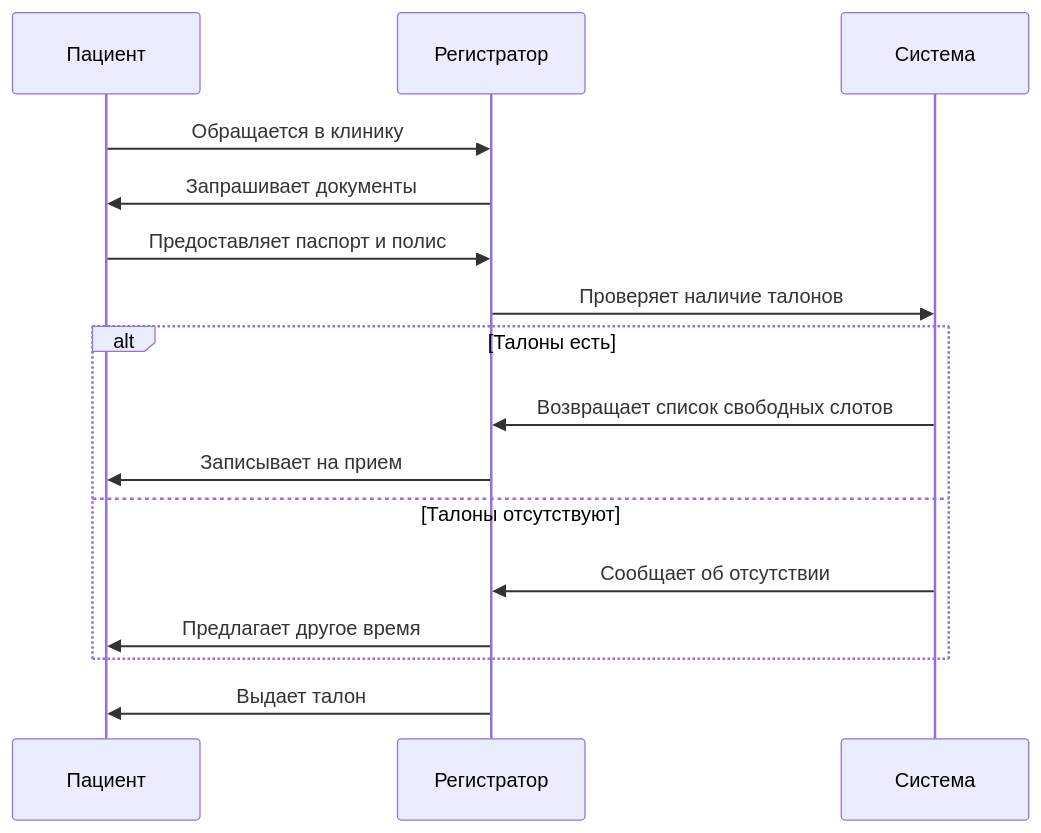
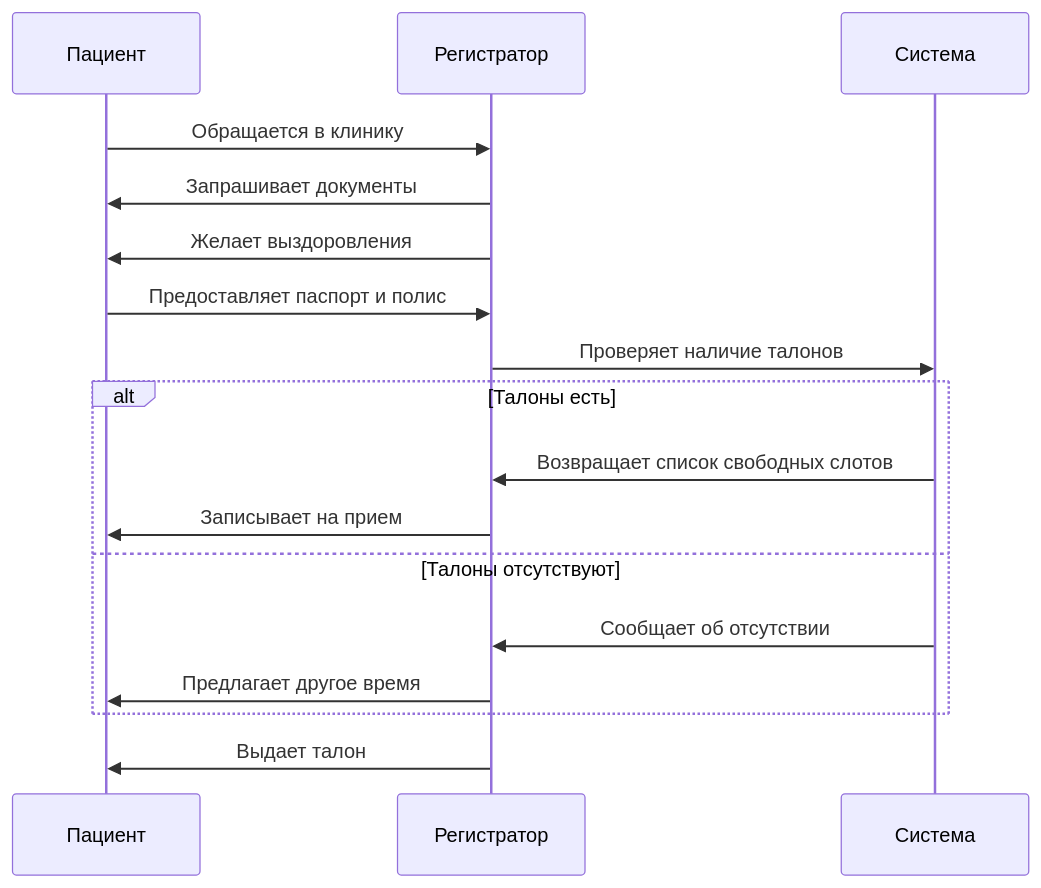
One commit to mihedmasa-wq/visual-programming-labs-Mixed changed the diagram in lab1/docs/sequence.md. Above: the diagram before and after it, drawn with Mermaid. The commit also changed 1 other file, not shown here.

Commit message:
Update Mermaid: add minor elements

````diff
--- a/lab1/docs/sequence.md
+++ b/lab1/docs/sequence.md
@@ -1,21 +1,22 @@
 ```mermaid
 sequenceDiagram
     participant Пациент
     participant Регистратор
     participant Система
 
     Пациент->>Регистратор: Обращается в клинику
     Регистратор->>Пациент: Запрашивает документы
+    Регистратор->>Пациент: Желает выздоровления
     Пациент->>Регистратор: Предоставляет паспорт и полис
     Регистратор->>Система: Проверяет наличие талонов
     
     alt Талоны есть
         Система->>Регистратор: Возвращает список свободных слотов
         Регистратор->>Пациент: Записывает на прием
     else Талоны отсутствуют
         Система->>Регистратор: Сообщает об отсутствии
         Регистратор->>Пациент: Предлагает другое время
     end
     
     Регистратор->>Пациент: Выдает талон
 ```
````
